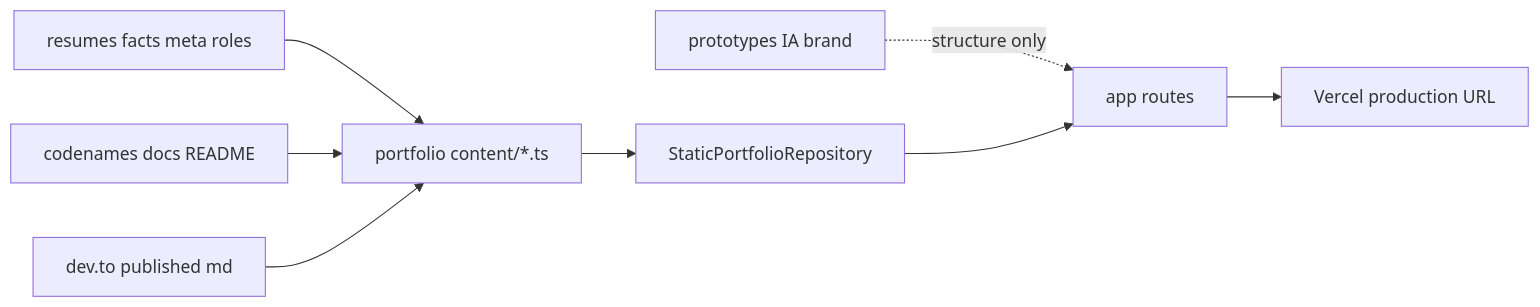
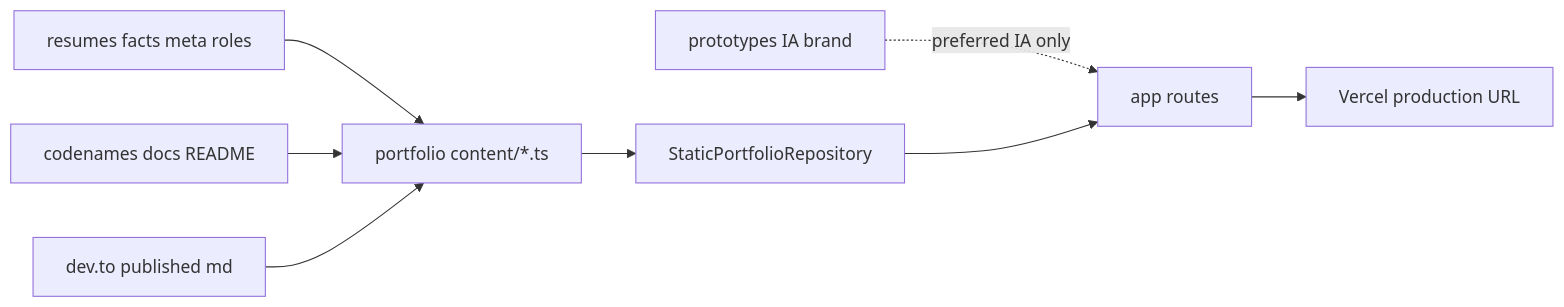
One commit to mastermichaelt/portfolio changed the diagram in .cursor/plans/2026-08-04-linkedin-ready-portfolio-mvp.plan.md. Above: the diagram before and after it, drawn with Mermaid. The commit also changed other lines of this file, not shown here.

First line of the commit message:
Make project section schema flexible and evidence-driven.

````diff
--- a/.cursor/plans/2026-08-04-linkedin-ready-portfolio-mvp.plan.md
+++ b/.cursor/plans/2026-08-04-linkedin-ready-portfolio-mvp.plan.md
@@ -76,10 +117,10 @@
 ```mermaid
 flowchart LR
   facts["resumes facts meta roles"] --> content["portfolio content/*.ts"]
   docs["codenames docs README"] --> content
   articles["dev.to published md"] --> content
-  proto["prototypes IA brand"] -.->|"structure only"| pages["app routes"]
+  proto["prototypes IA brand"] -.->|"preferred IA only"| pages["app routes"]
   content --> repo["StaticPortfolioRepository"]
   repo --> pages
   pages --> vercel["Vercel production URL"]
 ```
````
